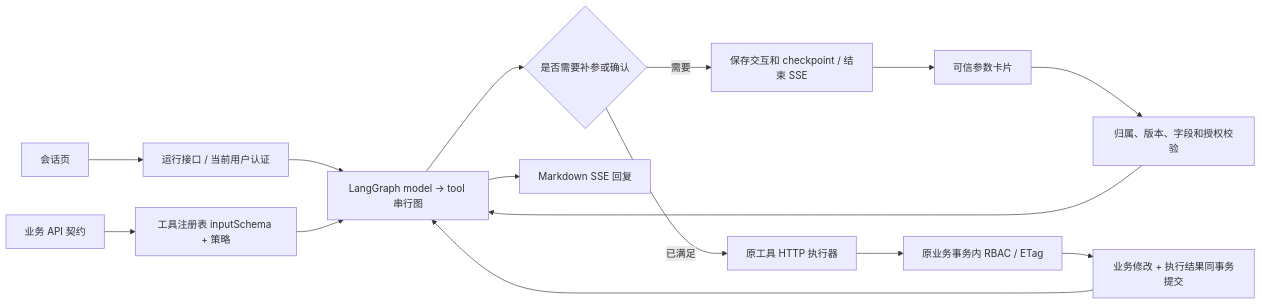
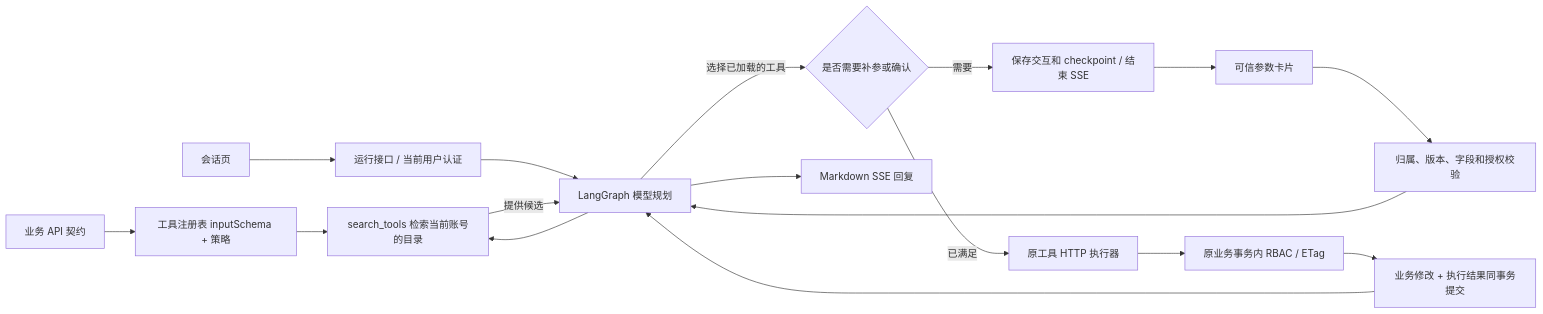
One commit to GHjiejie/Z changed the diagram in agent_permissions/docs/agent-hitl.md. Above: the diagram before and after it, drawn with Mermaid. The commit also changed other lines of this file and 15 other files, not shown here.

Commit message:
feat(agent-permissions): load authorized tools on demand with search_tools

````diff
--- a/agent_permissions/docs/agent-hitl.md
+++ b/agent_permissions/docs/agent-hitl.md
@@ -23,17 +23,19 @@
 ```mermaid
 flowchart LR
     API[业务 API 契约] --> Registry[工具注册表 inputSchema + 策略]
     UI[会话页] --> Runs[运行接口 / 当前用户认证]
-    Runs --> Graph[LangGraph model → tool 串行图]
-    Registry --> Graph
-    Graph --> Gate{是否需要补参或确认}
+    Runs --> Graph[LangGraph 模型规划]
+    Graph --> Find[search_tools 检索当前账号的目录]
+    Registry --> Find
+    Find -->|提供候选| Graph
+    Graph -->|选择已加载的工具| Gate{是否需要补参或确认}
     Gate -->|需要| Wait[保存交互和 checkpoint / 结束 SSE]
     Wait --> Form[可信参数卡片]
     Form --> Resume[归属、版本、字段和授权校验]
     Resume --> Graph
     Gate -->|已满足| Tool[原工具 HTTP 执行器]
     Tool --> RBAC[原业务事务内 RBAC / ETag]
     RBAC --> Receipt[业务修改 + 执行结果同事务提交]
     Receipt --> Graph
     Graph --> Text[Markdown SSE 回复]
 ```
````
